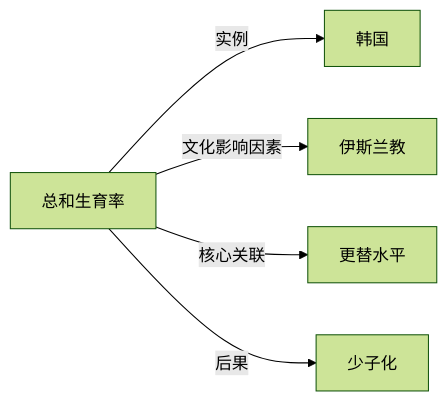
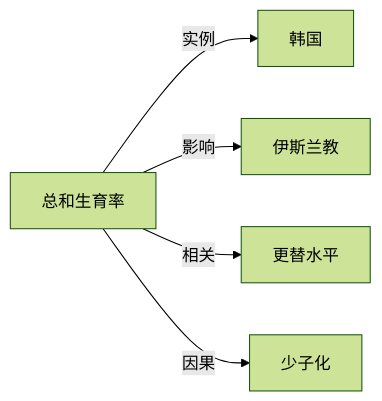
The diagram in Knowledge/Concepts/人口学/总和生育率.md (KIMMCHOW/MyKnowledge), drawn with Mermaid (forest theme) before and after one commit. The commit also changed 95 other files, not shown here.

Commit message:
reorganize: 统一关系图边标签为11类

````diff
--- a/Knowledge/Concepts/人口学/总和生育率.md
+++ b/Knowledge/Concepts/人口学/总和生育率.md
@@ -45,7 +45,7 @@
 ```mermaid
 graph LR
 总和生育率 -->|实例| 韩国
-总和生育率 -->|文化影响因素| 伊斯兰教
-总和生育率 -->|核心关联| 更替水平
-总和生育率 -->|后果| 少子化
+总和生育率 -->|影响| 伊斯兰教
+总和生育率 -->|相关| 更替水平
+总和生育率 -->|因果| 少子化
 ```
````
